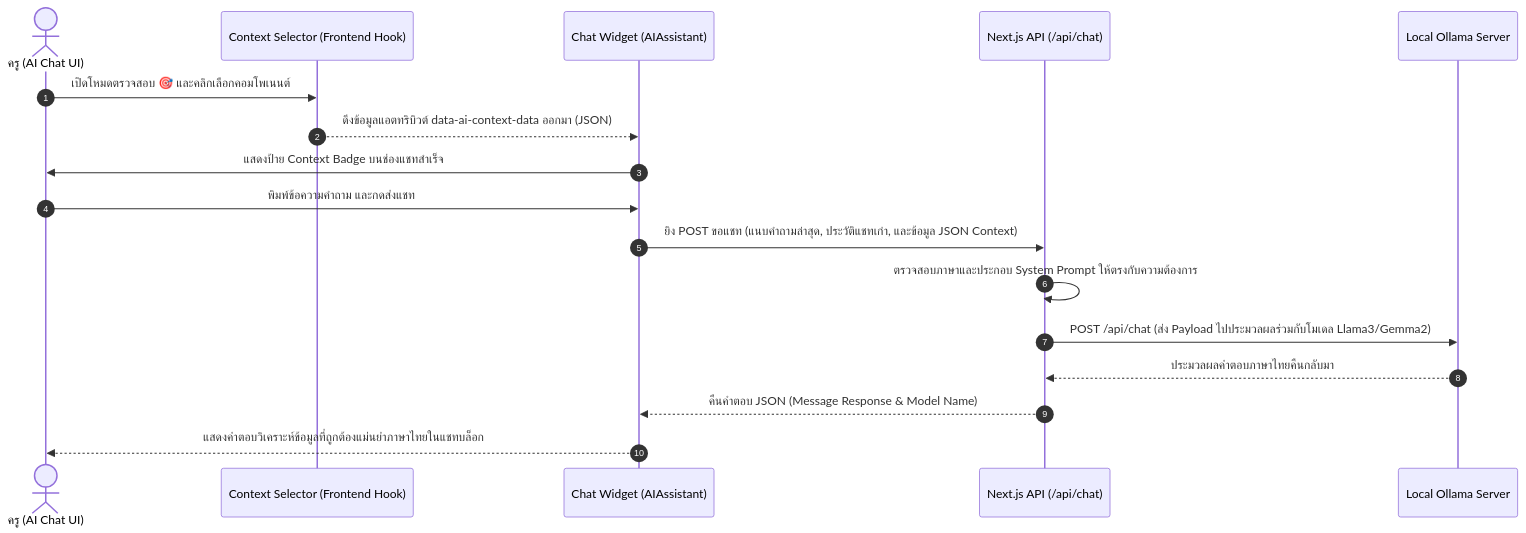
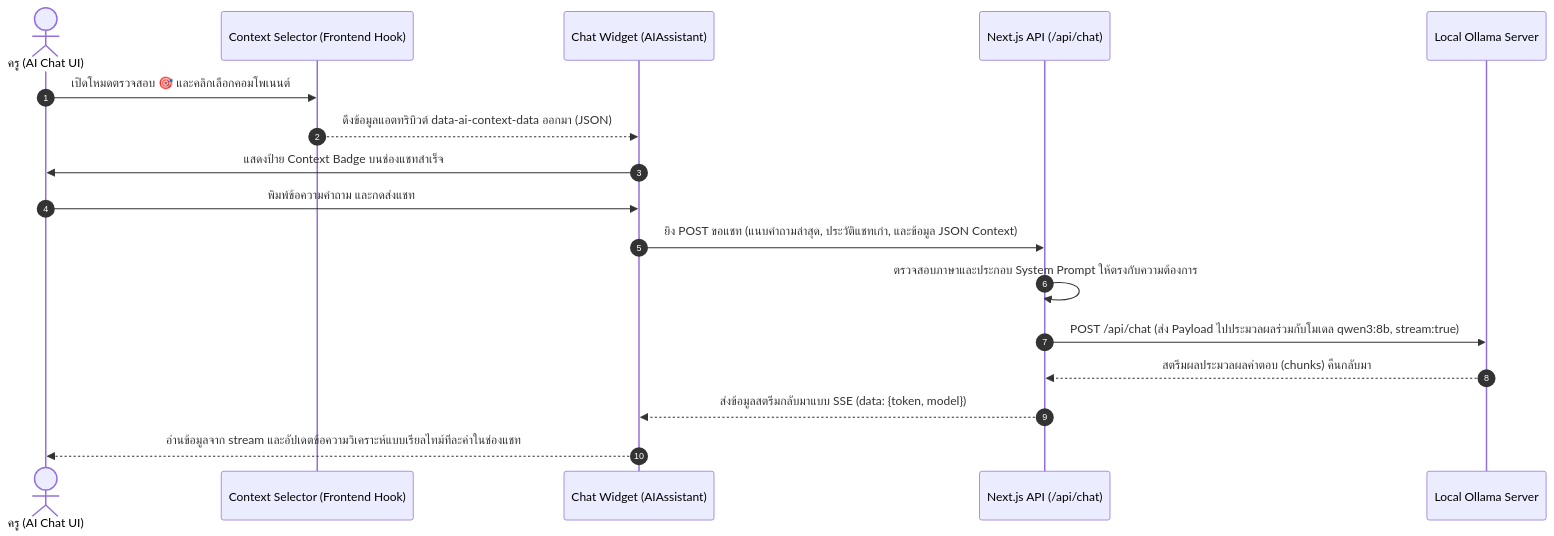
One commit to PROxTAE/E-learning-Japan-Internship changed the fifth of 7 diagrams in resource/e_learning_system_documentation.md. Above: the diagram before and after it, drawn with Mermaid. The commit also changed other lines of this file and 1 other file, not shown here.

Commit message:
update progress

````diff
--- a/resource/e_learning_system_documentation.md
+++ b/resource/e_learning_system_documentation.md
@@ -317,20 +318,20 @@
     ```mermaid
     sequenceDiagram
         autonumber
         actor Teacher as ครู (AI Chat UI)
         participant Client as Context Selector (Frontend Hook)
         participant UI as Chat Widget (AIAssistant)
         participant Route as Next.js API (/api/chat)
         participant Ollama as Local Ollama Server
 
         Teacher->>Client: เปิดโหมดตรวจสอบ 🎯 และคลิกเลือกคอมโพเนนต์
         Client-->>UI: ดึงข้อมูลแอตทริบิวต์ data-ai-context-data ออกมา (JSON)
         UI->>Teacher: แสดงป้าย Context Badge บนช่องแชทสำเร็จ
         Teacher->>UI: พิมพ์ข้อความคำถาม และกดส่งแชท
         UI->>Route: ยิง POST ขอแชท (แนบคำถามล่าสุด, ประวัติแชทเก่า, และข้อมูล JSON Context)
         Route->>Route: ตรวจสอบภาษาและประกอบ System Prompt ให้ตรงกับความต้องการ
-        Route->>Ollama: POST /api/chat (ส่ง Payload ไปประมวลผลร่วมกับโมเดล Llama3/Gemma2)
-        Ollama-->>Route: ประมวลผลคำตอบภาษาไทยคืนกลับมา
-        Route-->>UI: คืนคำตอบ JSON (Message Response & Model Name)
-        UI-->>Teacher: แสดงคำตอบวิเคราะห์ข้อมูลที่ถูกต้องแม่นยำภาษาไทยในแชทบล็อก
+        Route->>Ollama: POST /api/chat (ส่ง Payload ไปประมวลผลร่วมกับโมเดล qwen3:8b, stream:true)
+        Ollama-->>Route: สตรีมผลประมวลผลคำตอบ (chunks) คืนกลับมา
+        Route-->>UI: ส่งข้อมูลสตรีมกลับมาแบบ SSE (data: {token, model})
+        UI-->>Teacher: อ่านข้อมูลจาก stream และอัปเดตข้อความวิเคราะห์แบบเรียลไทม์ทีละคำในช่องแชท
     ```
````
